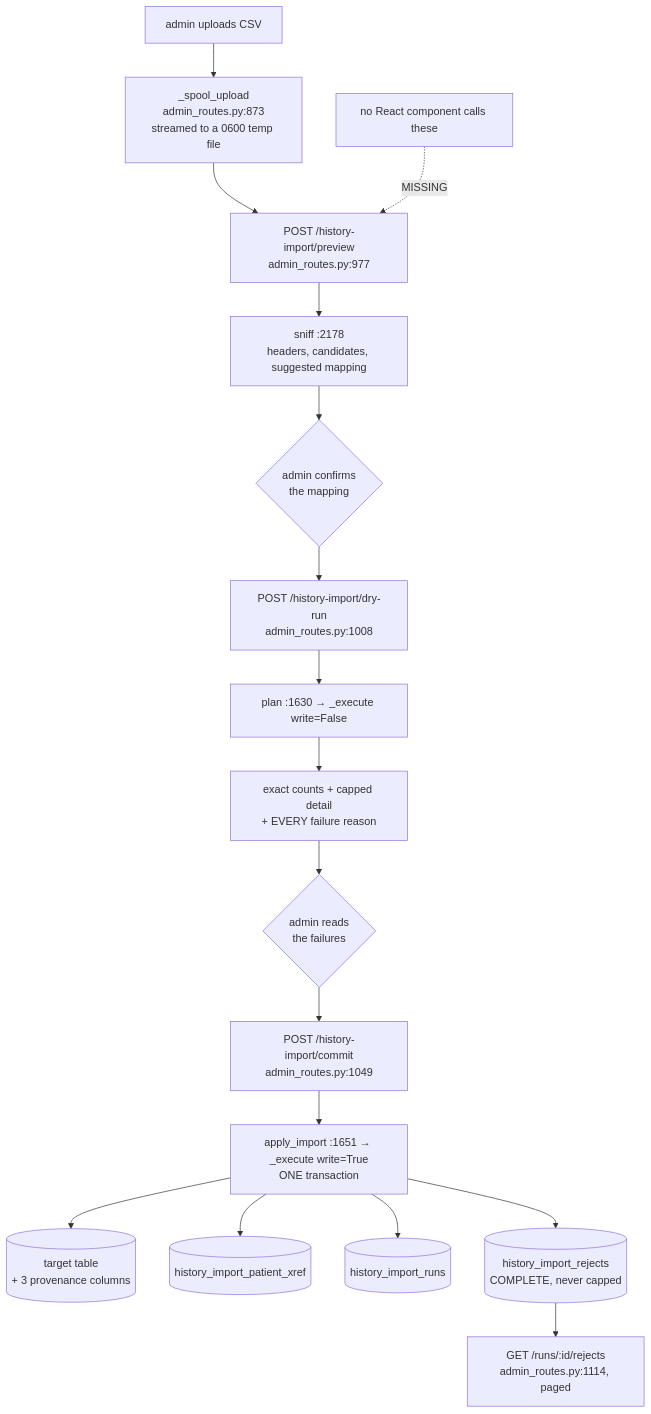
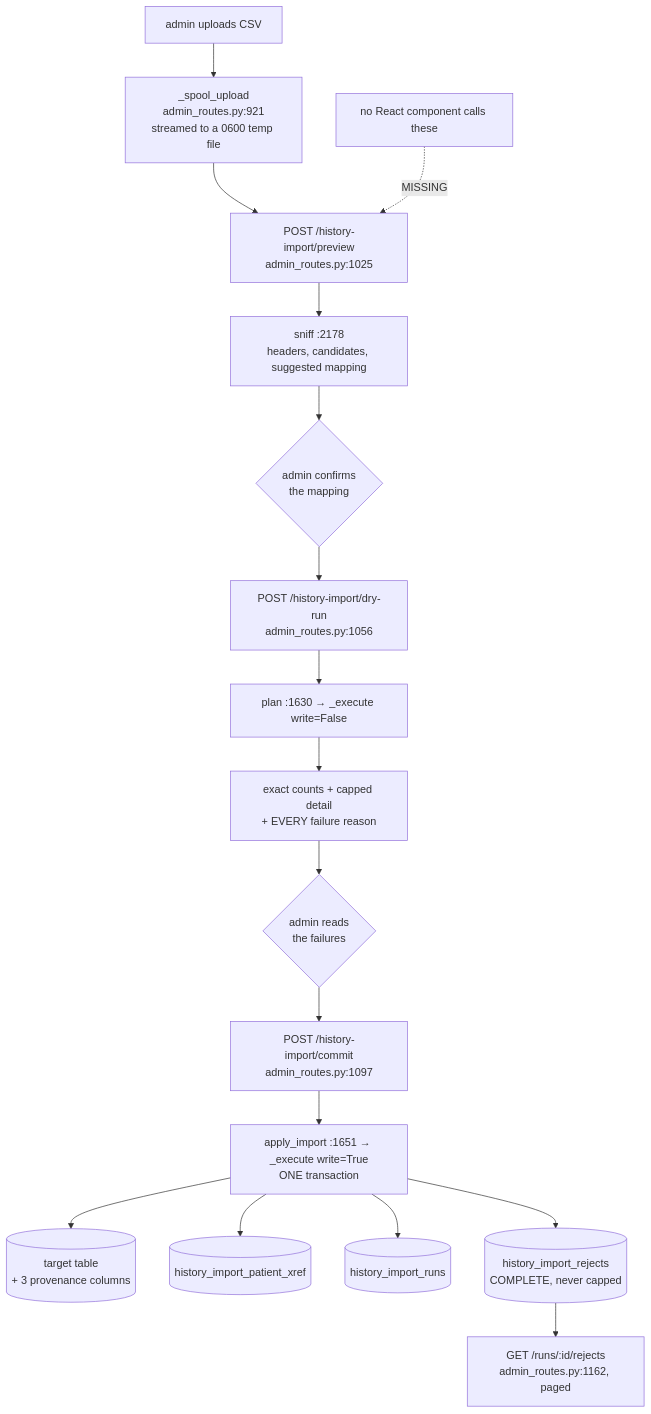
The first of 2 diagrams in docs/guide/36-history-import.md (samuelmorningstar23/Orb), drawn with Mermaid before and after one commit. The commit also changed other lines of this file and 135 other files, not shown here.

````diff
--- a/docs/guide/36-history-import.md
+++ b/docs/guide/36-history-import.md
@@ -37,19 +37,19 @@
 ```mermaid
 graph TD
-  UP[admin uploads CSV] --> SPOOL[_spool_upload<br/>admin_routes.py:873<br/>streamed to a 0600 temp file]
-  SPOOL --> P1[POST /history-import/preview<br/>admin_routes.py:977]
+  UP[admin uploads CSV] --> SPOOL[_spool_upload<br/>admin_routes.py:921<br/>streamed to a 0600 temp file]
+  SPOOL --> P1[POST /history-import/preview<br/>admin_routes.py:1025]
   P1 --> SNIFF[sniff :2178<br/>headers, candidates, suggested mapping]
   SNIFF --> ADMIN{admin confirms<br/>the mapping}
-  ADMIN --> P2[POST /history-import/dry-run<br/>admin_routes.py:1008]
+  ADMIN --> P2[POST /history-import/dry-run<br/>admin_routes.py:1056]
   P2 --> PLAN[plan :1630 → _execute write=False]
   PLAN --> REPORT[exact counts + capped detail<br/>+ EVERY failure reason]
   REPORT --> ADMIN2{admin reads<br/>the failures}
-  ADMIN2 --> P3[POST /history-import/commit<br/>admin_routes.py:1049]
+  ADMIN2 --> P3[POST /history-import/commit<br/>admin_routes.py:1097]
   P3 --> APPLY[apply_import :1651 → _execute write=True<br/>ONE transaction]
   APPLY --> ROWS[(target table<br/>+ 3 provenance columns)]
   APPLY --> XREF[(history_import_patient_xref)]
   APPLY --> RUNS[(history_import_runs)]
   APPLY --> REJ[(history_import_rejects<br/>COMPLETE, never capped)]
-  REJ --> P4[GET /runs/:id/rejects<br/>admin_routes.py:1114, paged]
+  REJ --> P4[GET /runs/:id/rejects<br/>admin_routes.py:1162, paged]
   UI[no React component calls these] -.->|MISSING| P1
 ```
````
